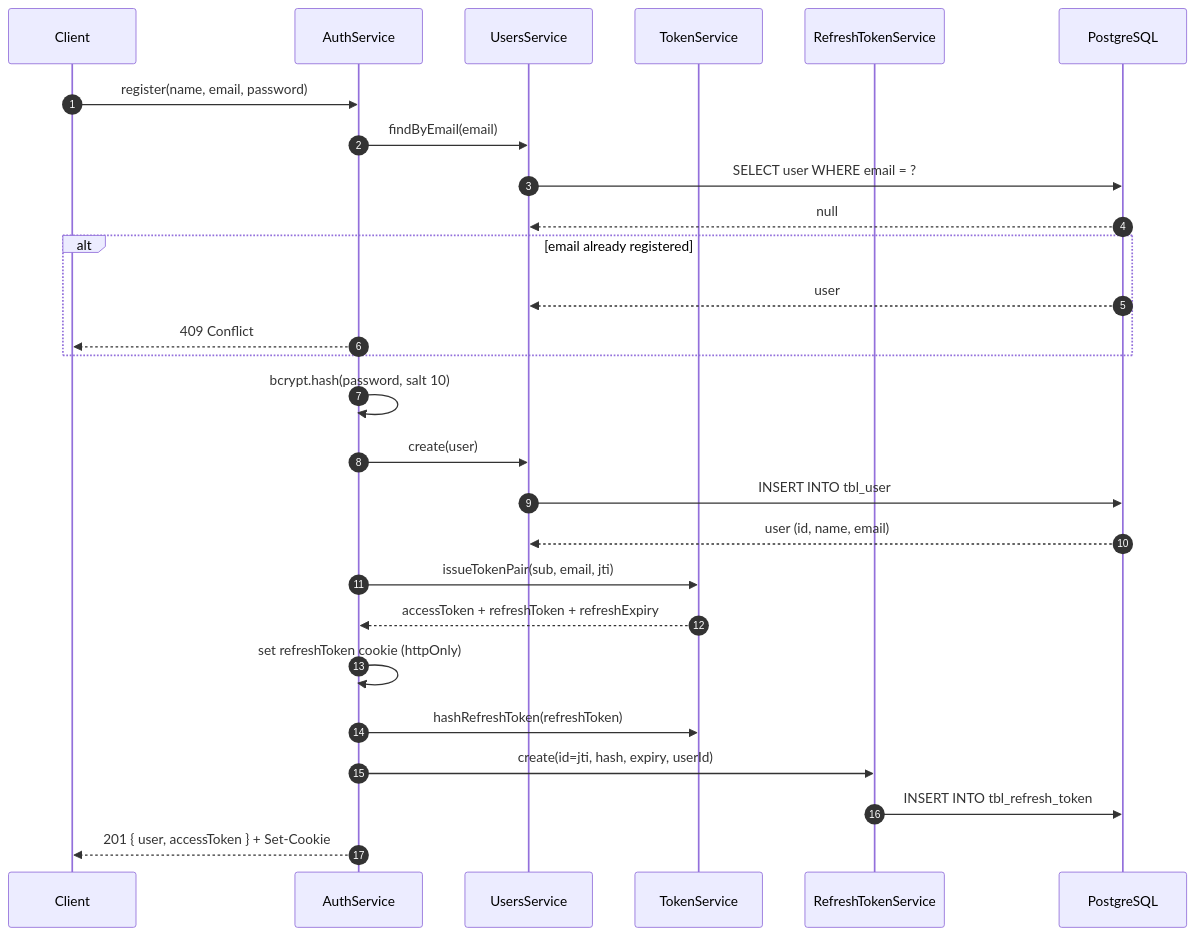
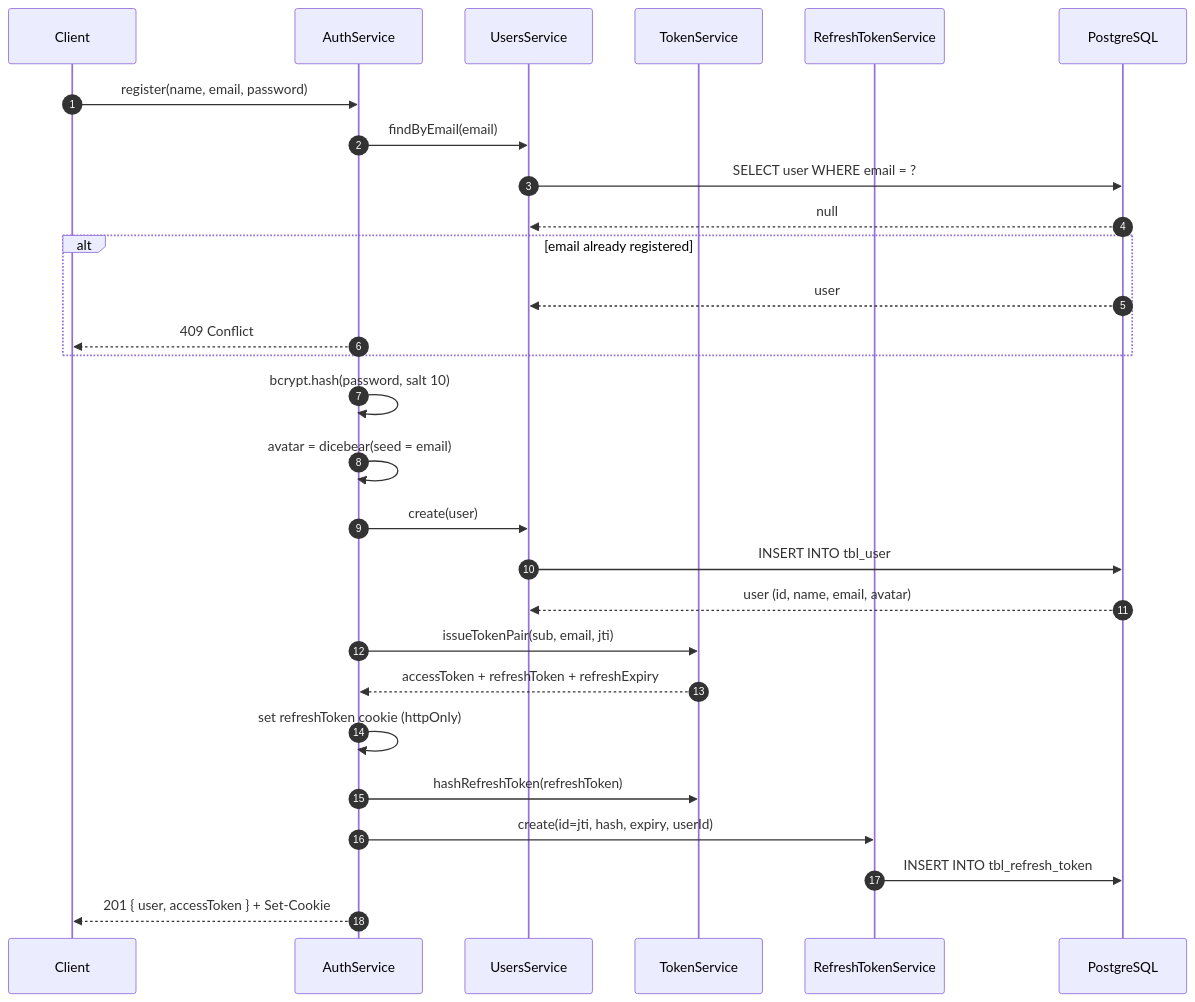
Before and after one commit to raunak-ray/LinkVault: the first of 3 diagrams in api/docs/auth/02-registration-and-login.md, drawn with Mermaid. The commit also changed other lines of this file and 20 other files, not shown here.

````diff
--- a/api/docs/auth/02-registration-and-login.md
+++ b/api/docs/auth/02-registration-and-login.md
@@ -7,30 +7,31 @@
 ```mermaid
 sequenceDiagram
     autonumber
     participant C as Client
     participant A as AuthService
     participant U as UsersService
     participant T as TokenService
     participant R as RefreshTokenService
     participant DB as PostgreSQL
 
     C->>A: register(name, email, password)
     A->>U: findByEmail(email)
     U->>DB: SELECT user WHERE email = ?
     DB-->>U: null
     alt email already registered
         DB-->>U: user
         A-->>C: 409 Conflict
     end
     A->>A: bcrypt.hash(password, salt 10)
+    A->>A: avatar = dicebear(seed = email)
     A->>U: create(user)
     U->>DB: INSERT INTO tbl_user
-    DB-->>U: user (id, name, email)
+    DB-->>U: user (id, name, email, avatar)
     A->>T: issueTokenPair(sub, email, jti)
     T-->>A: accessToken + refreshToken + refreshExpiry
     A->>A: set refreshToken cookie (httpOnly)
     A->>T: hashRefreshToken(refreshToken)
     A->>R: create(id=jti, hash, expiry, userId)
     R->>DB: INSERT INTO tbl_refresh_token
     A-->>C: 201 { user, accessToken } + Set-Cookie
 ```
````
